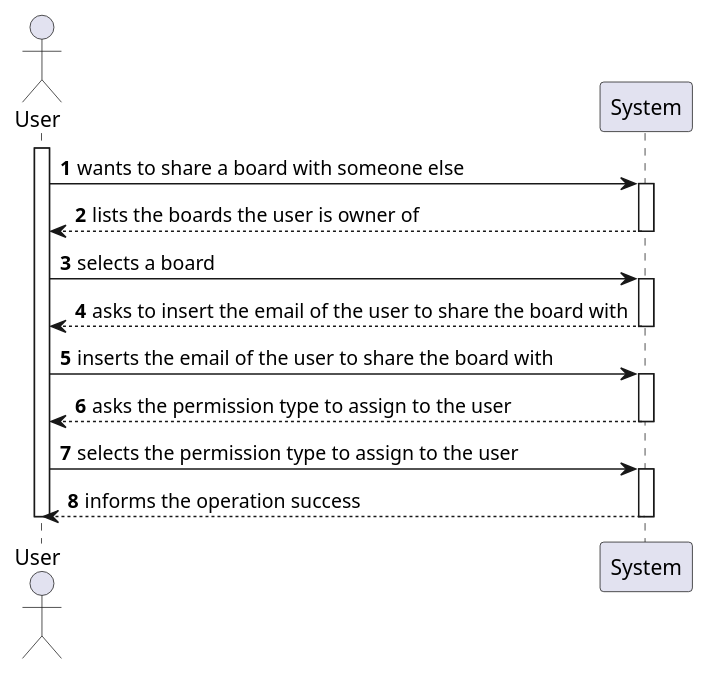
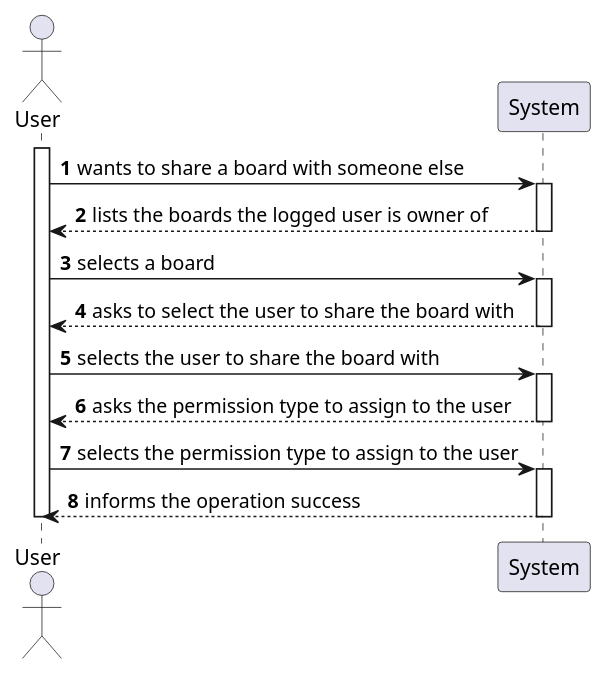
Before and after one commit to miseEnPlace-dev/lapr4: the diagram in docs/sprint-c/us29-3004/US3004_SSD.puml, drawn with PlantUML.

Commit message:
docs(#58): updated ssd

```diff
--- a/docs/sprint-c/us29-3004/US3004_SSD.puml
+++ b/docs/sprint-c/us29-3004/US3004_SSD.puml
@@ -1,31 +1,32 @@
 @startuml US3004_SSD
 autonumber
 
 actor "User" as U
 participant "System" as SYS
 
 activate U
 
 U -> SYS : wants to share a board with someone else
 activate SYS
-SYS --> U : lists the boards the user is owner of
+SYS --> U : lists the boards the logged user is owner of
 deactivate SYS
 
 U -> SYS : selects a board
 activate SYS
-SYS --> U : asks to insert the email of the user to share the board with
+' SYS --> U : asks to insert the email of the user to share the board with
+SYS --> U : asks to select the user to share the board with
 deactivate SYS
 
-U -> SYS : inserts the email of the user to share the board with
+U -> SYS : selects the user to share the board with
 activate SYS
 SYS --> U : asks the permission type to assign to the user
 deactivate SYS
 
 U -> SYS : selects the permission type to assign to the user
 activate SYS
 SYS --> U : informs the operation success
 deactivate SYS
 
 deactivate U
 
 @enduml
```
